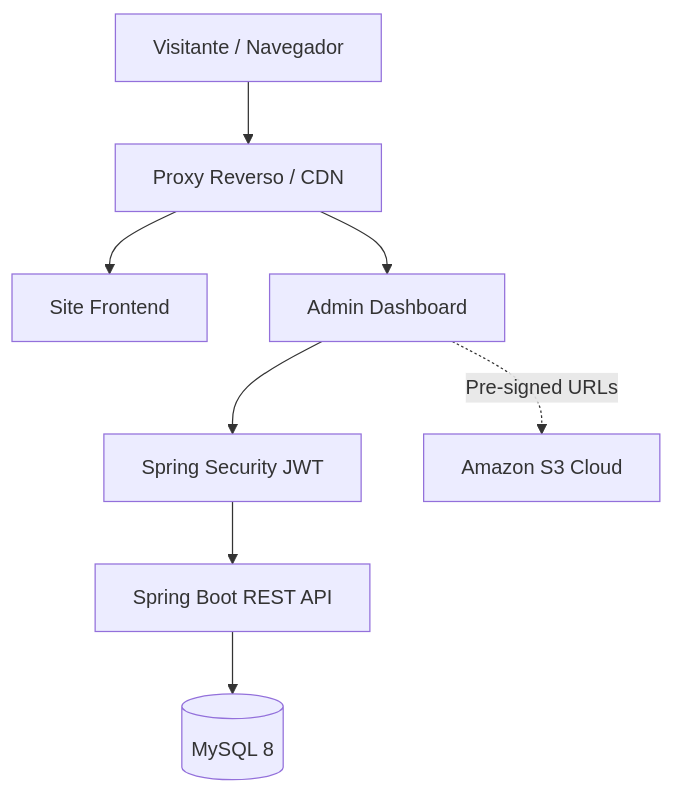
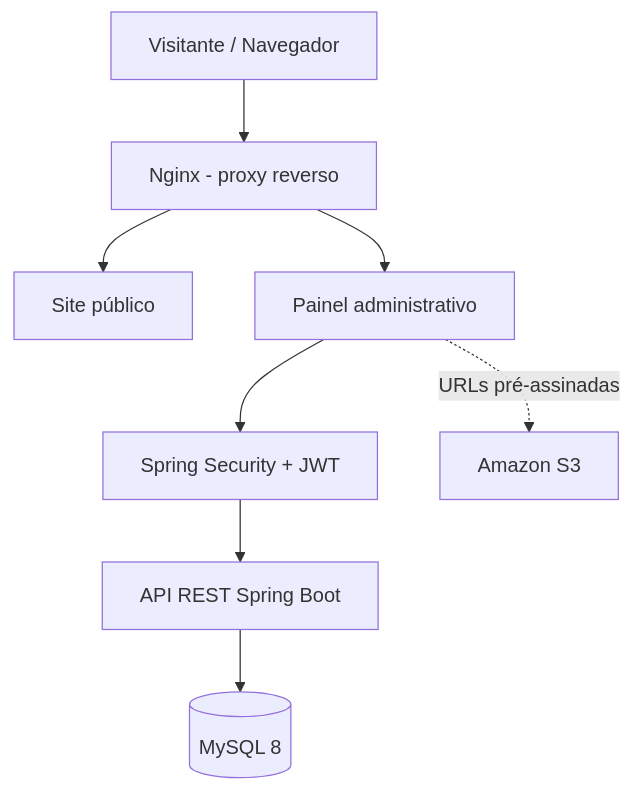
Before and after one commit to kauaxp77/Carlos-Rosa: the diagram in README.md, drawn with Mermaid. The commit also changed other lines of this file and 8 other files, not shown here.

````diff
--- a/README.md
+++ b/README.md
@@ -22,10 +95,10 @@
 ```mermaid
 graph TD;
-    Client[Visitante / Navegador] --> NGINX[Proxy Reverso / CDN]
-    NGINX --> Público[Site Frontend]
-    NGINX --> CMS[Admin Dashboard]
-    CMS --> SEC[Spring Security JWT]
-    SEC --> API[Spring Boot REST API]
+    Client[Visitante / Navegador] --> NGINX[Nginx - proxy reverso]
+    NGINX --> Publico[Site público]
+    NGINX --> CMS[Painel administrativo]
+    CMS --> SEC[Spring Security + JWT]
+    SEC --> API[API REST Spring Boot]
     API --> DB[(MySQL 8)]
-    CMS -. Pre-signed URLs .-> AWS[Amazon S3 Cloud]
+    CMS -. URLs pré-assinadas .-> AWS[Amazon S3]
 ```
````
